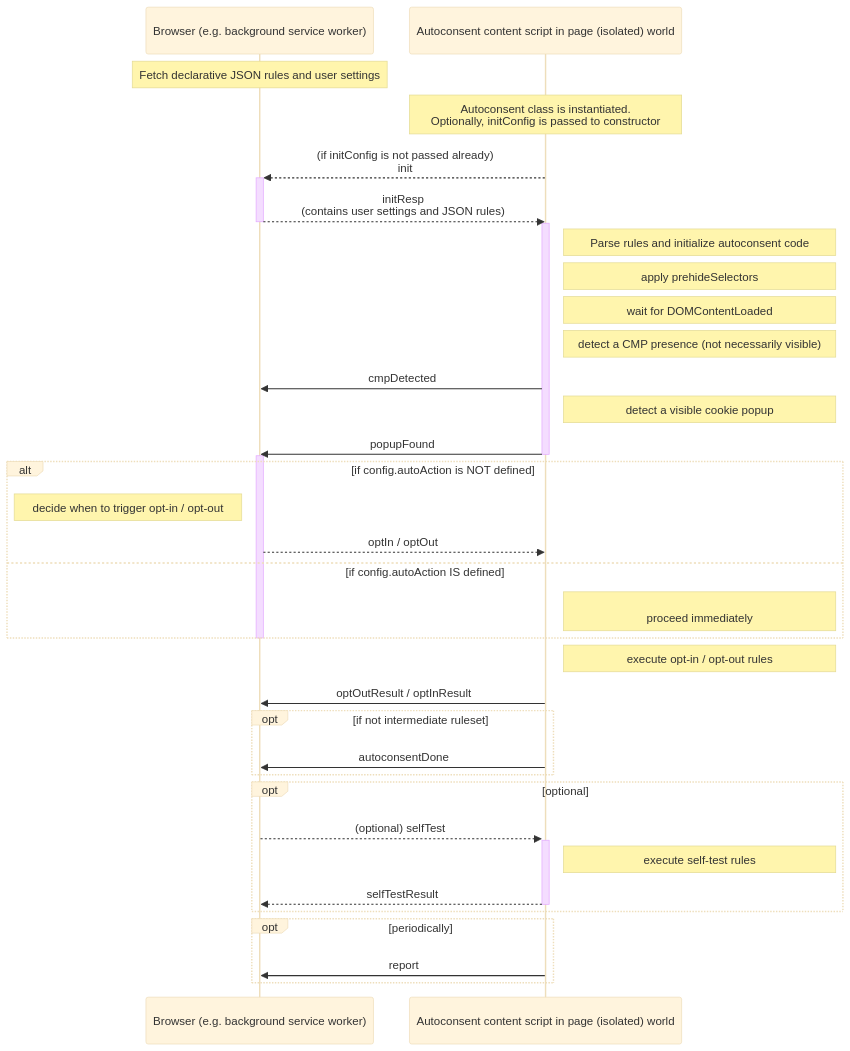
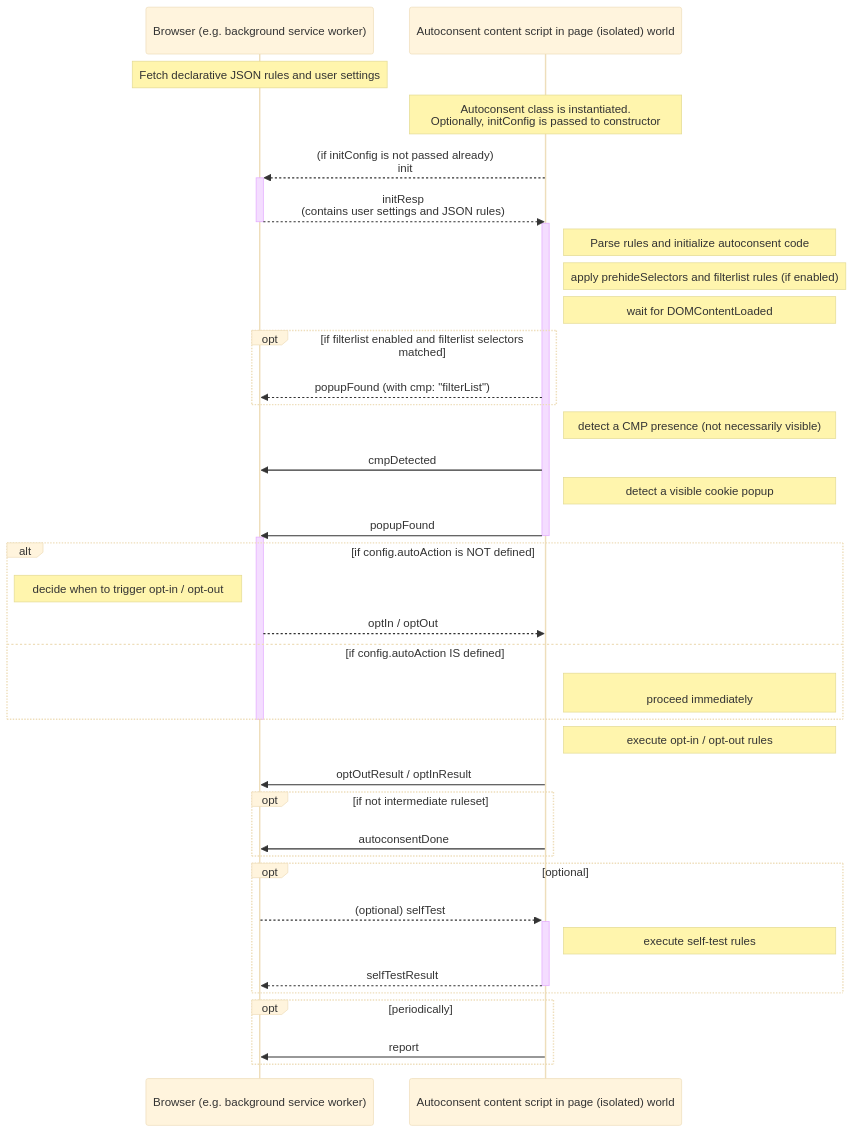
The first of 2 diagrams in api.md (duckduckgo/autoconsent), drawn with Mermaid (base theme) before and after one commit. The commit also changed other lines of this file and 2 other files, not shown here.

Commit message:
Report filterlist to the background early

````diff
--- a/api.md
+++ b/api.md
@@ -46,49 +47,54 @@
 ```mermaid
 
 sequenceDiagram
     participant BG as Browser (e.g. background service worker)
     participant CS as Autoconsent content script in page (isolated) world
 
     Note over BG: Fetch declarative JSON rules and user settings
     Note over CS: Autoconsent class is instantiated.<br/>Optionally, initConfig is passed to constructor
 
     CS -->>+ BG: (if initConfig is not passed already)<br/>init
     BG -->>- CS: initResp<br/>(contains user settings and JSON rules)
 
     activate CS
     Note right of CS: Parse rules and initialize autoconsent code
-    Note right of CS: apply prehideSelectors
+    Note right of CS: apply prehideSelectors and filterlist rules (if enabled)
     Note right of CS: wait for DOMContentLoaded
+
+    opt if filterlist enabled and filterlist selectors matched
+        CS -->> BG: popupFound (with cmp: "filterList")
+    end
+
     Note right of CS: detect a CMP presence (not necessarily visible)
 
     CS ->> BG: cmpDetected
     Note right of CS: detect a visible cookie popup
     CS ->> BG: popupFound
     deactivate CS
     activate BG
     alt if config.autoAction is NOT defined
         Note left of BG: decide when to trigger opt-in / opt-out
         BG -->> CS: optIn / optOut
     else if config.autoAction IS defined
         Note right of CS: <br/>proceed immediately
     end
 
     deactivate BG
 
     Note right of CS: execute opt-in / opt-out rules
     CS ->> BG: optOutResult / optInResult
 
     opt if not intermediate ruleset
         CS ->> BG: autoconsentDone
     end
 
     opt optional
         BG -->>+ CS: (optional) selfTest
         Note right of CS: execute self-test rules
         CS -->>- BG: selfTestResult
     end
 
     opt periodically
         CS ->> BG: report
     end
 ```
````
